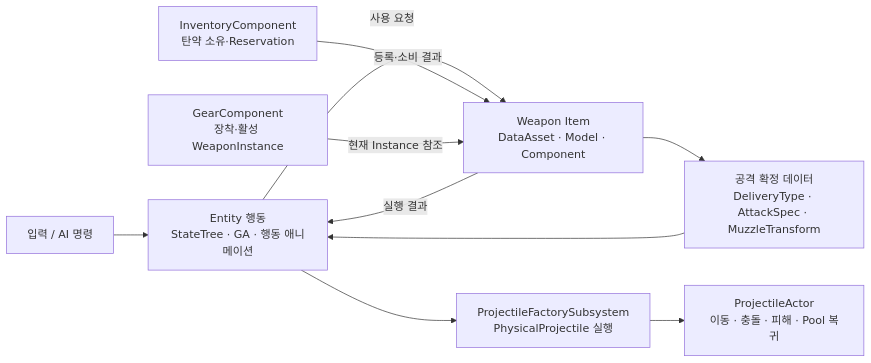
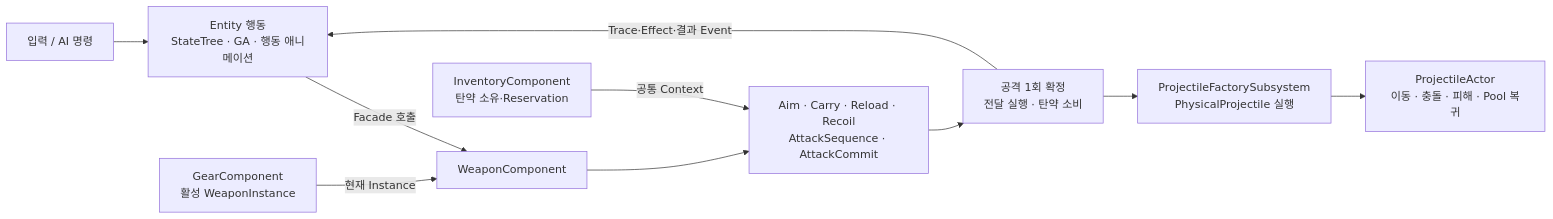
Before and after one commit to liang2papa/Astra_Docs: the first of 4 diagrams in Wiki/03_시스템 설계/무기.md, drawn with Mermaid. The commit also changed other lines of this file and 16 other files, not shown here.

````diff
--- a/Wiki/03_시스템 설계/무기.md
+++ b/Wiki/03_시스템 설계/무기.md
@@ -3,12 +3,12 @@
 ```mermaid
 flowchart LR
     Command["입력 / AI 명령"] --> Entity["Entity 행동<br/>StateTree · GA · 행동 애니메이션"]
-    Entity -->|사용 요청| Weapon["Weapon Item<br/>DataAsset · Model · Component"]
-    Inventory["InventoryComponent<br/>탄약 소유·Reservation"] -->|등록·소비 결과| Weapon
-    Equipment["GearComponent<br/>장착·활성 WeaponInstance"] -->|현재 Instance 참조| Weapon
-    Weapon --> Commit["공격 확정 데이터<br/>DeliveryType · AttackSpec · MuzzleTransform"]
-    Commit --> Entity
-    Entity --> Factory["ProjectileFactorySubsystem<br/>PhysicalProjectile 실행"]
+    Entity -->|Facade 호출| Weapon["WeaponComponent"]
+    Weapon --> Handlers["Aim · Carry · Reload · Recoil<br/>AttackSequence · AttackCommit"]
+    Inventory["InventoryComponent<br/>탄약 소유·Reservation"] -->|공통 Context| Handlers
+    Equipment["GearComponent<br/>활성 WeaponInstance"] -->|현재 Instance| Weapon
+    Handlers --> Commit["공격 1회 확정<br/>전달 실행 · 탄약 소비"]
+    Commit --> Factory["ProjectileFactorySubsystem<br/>PhysicalProjectile 실행"]
     Factory --> Result["ProjectileActor<br/>이동 · 충돌 · 피해 · Pool 복귀"]
-    Weapon -->|실행 결과| Entity
+    Commit -->|Trace·Effect·결과 Event| Entity
 ```
````
